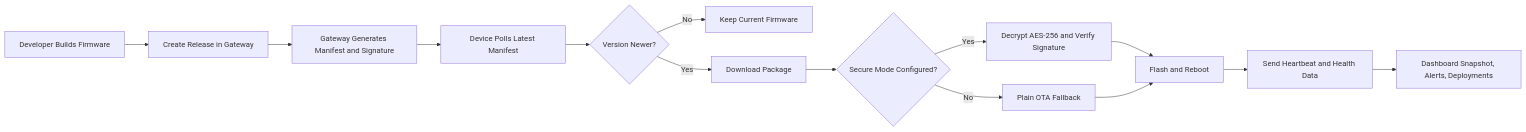
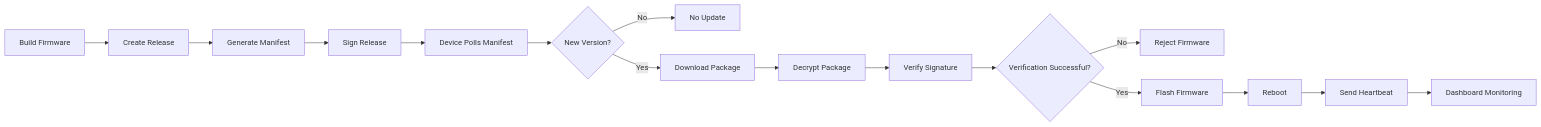
The second of 2 diagrams in README.md (Rithik-sharma12/Secure_OTA_Update_Security_Mechanism), drawn with Mermaid before and after one commit. The commit also changed other lines of this file and 1 other file, not shown here.

First line of the commit message:
docs: add SecureOTA interface walkthrough

````diff
--- a/README.md
+++ b/README.md
@@ -60,16 +254,33 @@
 ```mermaid
 flowchart LR
-  A[Developer Builds Firmware] --> B[Create Release in Gateway]
-  B --> C[Gateway Generates Manifest and Signature]
-  C --> D[Device Polls Latest Manifest]
-  D --> E{Version Newer?}
-  E -- No --> F[Keep Current Firmware]
-  E -- Yes --> G[Download Package]
-  G --> H{Secure Mode Configured?}
-  H -- Yes --> I[Decrypt AES-256 and Verify Signature]
-  H -- No --> J[Plain OTA Fallback]
-  I --> K[Flash and Reboot]
-  J --> K[Flash and Reboot]
-  K --> L[Send Heartbeat and Health Data]
-  L --> M[Dashboard Snapshot, Alerts, Deployments]
+
+    A[Build Firmware] --> B[Create Release]
+
+    B --> C[Generate Manifest]
+
+    C --> D[Sign Release]
+
+    D --> E[Device Polls Manifest]
+
+    E --> F{New Version?}
+
+    F -- No --> G[No Update]
+
+    F -- Yes --> H[Download Package]
+
+    H --> I[Decrypt Package]
+
+    I --> J[Verify Signature]
+
+    J --> K{Verification Successful?}
+
+    K -- No --> L[Reject Firmware]
+
+    K -- Yes --> M[Flash Firmware]
+
+    M --> N[Reboot]
+
+    N --> O[Send Heartbeat]
+
+    O --> P[Dashboard Monitoring]
 ```
````
